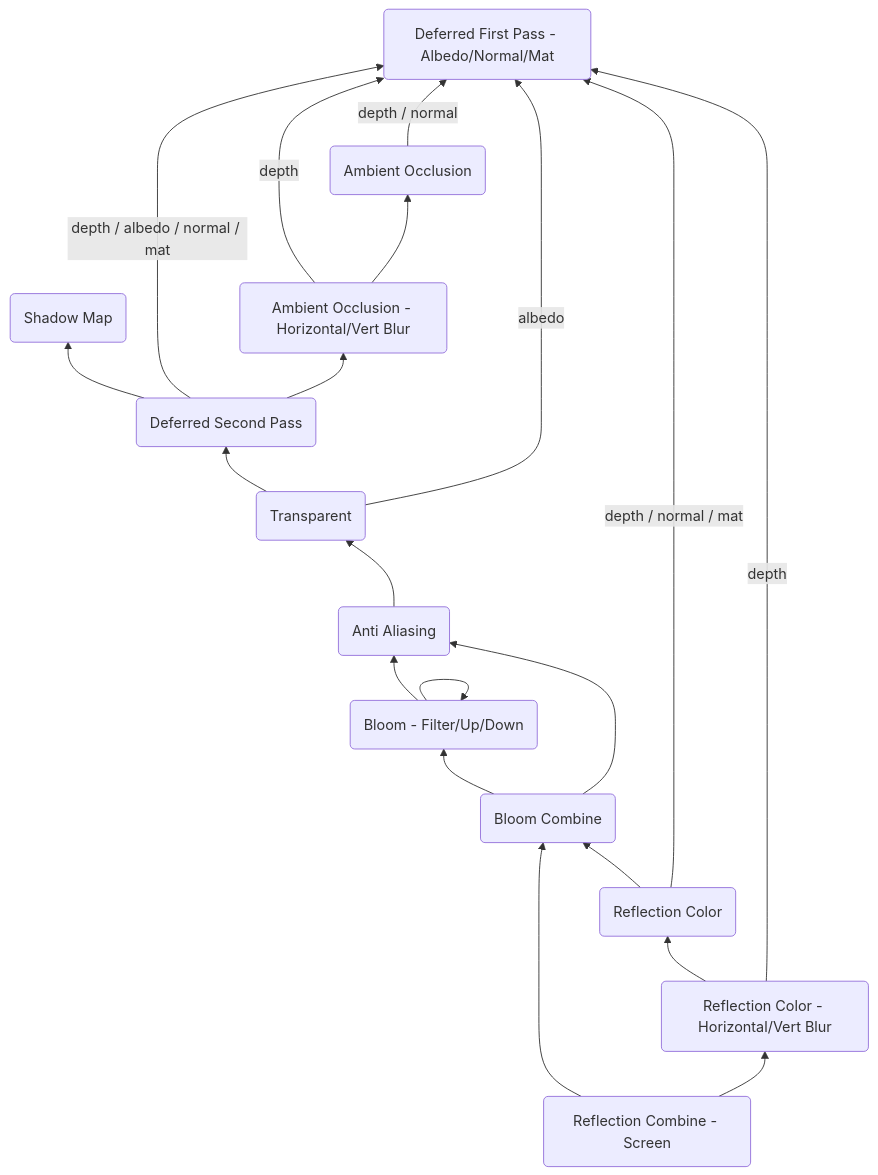
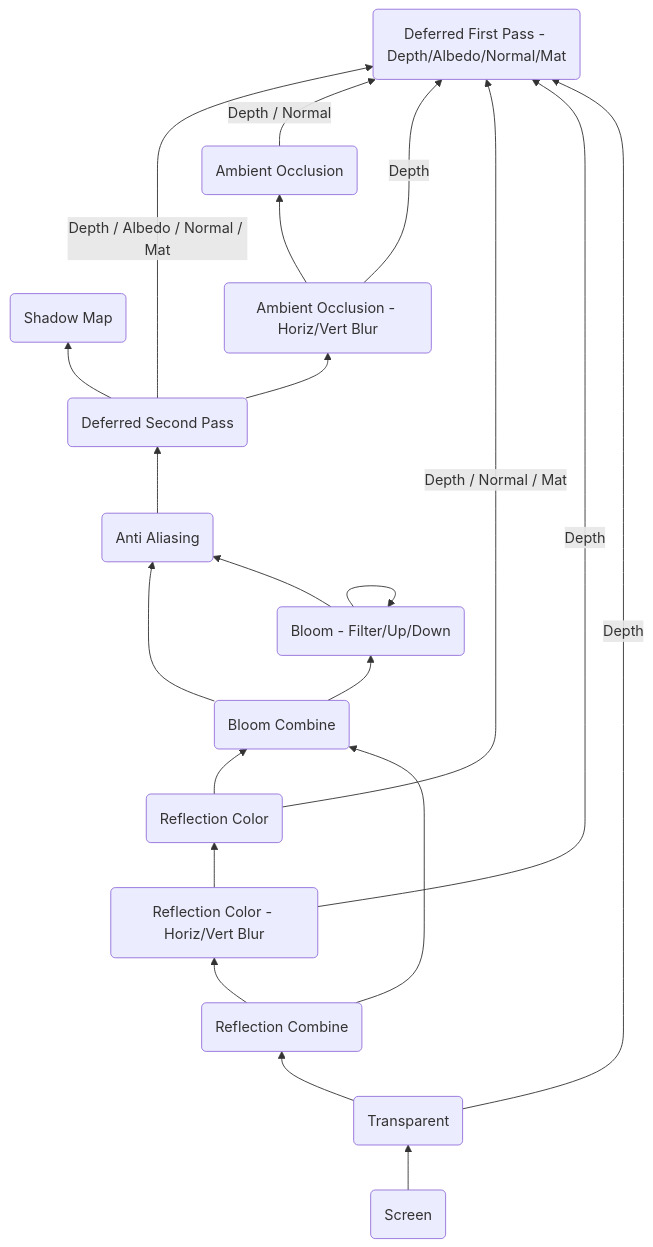
One commit to petitg1987/urchinEngine changed the diagram in 3dEngine/docs/SceneGraph.md. Above: the diagram before and after it, drawn with Mermaid. The commit also changed 3 other files, not shown here.

````diff
--- a/3dEngine/docs/SceneGraph.md
+++ b/3dEngine/docs/SceneGraph.md
@@ -3,22 +3,44 @@
 ```mermaid
 graph BT
-    ReflectionCombine(Reflection Combine - Screen) --> BloomCombine(Bloom Combine)
-    ReflectionCombine --> ReflectionColorBlur(Reflection Color - Horizontal/Vert Blur)
-    ReflectionColorBlur --> ReflectionColor(Reflection Color)
-    ReflectionColorBlur -->|depth| DeferredFirstPass(Deferred First Pass - Albedo/Normal/Mat)
-    ReflectionColor --> BloomCombine
-    BloomCombine --> BloomFilterUpDown(Bloom - Filter/Up/Down)
-    BloomCombine --> AntiAliasing(Anti Aliasing)
+    DeferredFirstPass(Deferred First Pass - Depth/Albedo/Normal/Mat)
+    ShadowMap(Shadow Map)
+    AmbientOcclusion(Ambient Occlusion)
+    AmbientOcclusionBlur(Ambient Occlusion - Horiz/Vert Blur)
+    DeferredSecondPass(Deferred Second Pass)
+    AntiAliasing(Anti Aliasing)
+    BloomFilterUpDown(Bloom - Filter/Up/Down)
+    BloomCombine(Bloom Combine)
+    ReflectionColor(Reflection Color)
+    ReflectionColorBlur(Reflection Color - Horiz/Vert Blur)
+    ReflectionCombine(Reflection Combine)
+    Transparent(Transparent)
+    Screen(Screen)
+    
+    
+    DeferredSecondPass --> ShadowMap
+    DeferredSecondPass -->|Depth / Albedo / Normal / Mat| DeferredFirstPass
+    DeferredSecondPass --> AmbientOcclusionBlur
+    
+    AmbientOcclusion -->|Depth / Normal| DeferredFirstPass
+    AmbientOcclusionBlur -->|Depth| DeferredFirstPass
+    AmbientOcclusionBlur --> AmbientOcclusion
+    
+    AntiAliasing --> DeferredSecondPass
+    
+    BloomCombine --> BloomFilterUpDown
+    BloomCombine --> AntiAliasing
     BloomFilterUpDown --> BloomFilterUpDown
     BloomFilterUpDown --> AntiAliasing
-    ReflectionColor -->|depth / normal / mat| DeferredFirstPass
-    AntiAliasing --> Transparent(Transparent)
-    Transparent --> DeferredSecondPass(Deferred Second Pass)
-    DeferredSecondPass --> ShadowMap(Shadow Map)
-    DeferredSecondPass -->|depth / albedo / normal / mat| DeferredFirstPass
-    Transparent -->|albedo| DeferredFirstPass
-    DeferredSecondPass --> AmbientOcclusionBlur(Ambient Occlusion - Horizontal/Vert Blur)
-    AmbientOcclusionBlur -->|depth| DeferredFirstPass
-    AmbientOcclusionBlur --> AmbientOcclusion(Ambient Occlusion)
-    AmbientOcclusion -->|depth / normal| DeferredFirstPass
+    
+    ReflectionColor --> BloomCombine
+    ReflectionColor -->|Depth / Normal / Mat| DeferredFirstPass
+    ReflectionCombine --> BloomCombine
+    ReflectionCombine --> ReflectionColorBlur
+    ReflectionColorBlur --> ReflectionColor
+    ReflectionColorBlur -->|Depth| DeferredFirstPass
+    
+    Transparent --> ReflectionCombine
+    Transparent -->|Depth| DeferredFirstPass
+    
+    Screen --> Transparent
 ```
````
